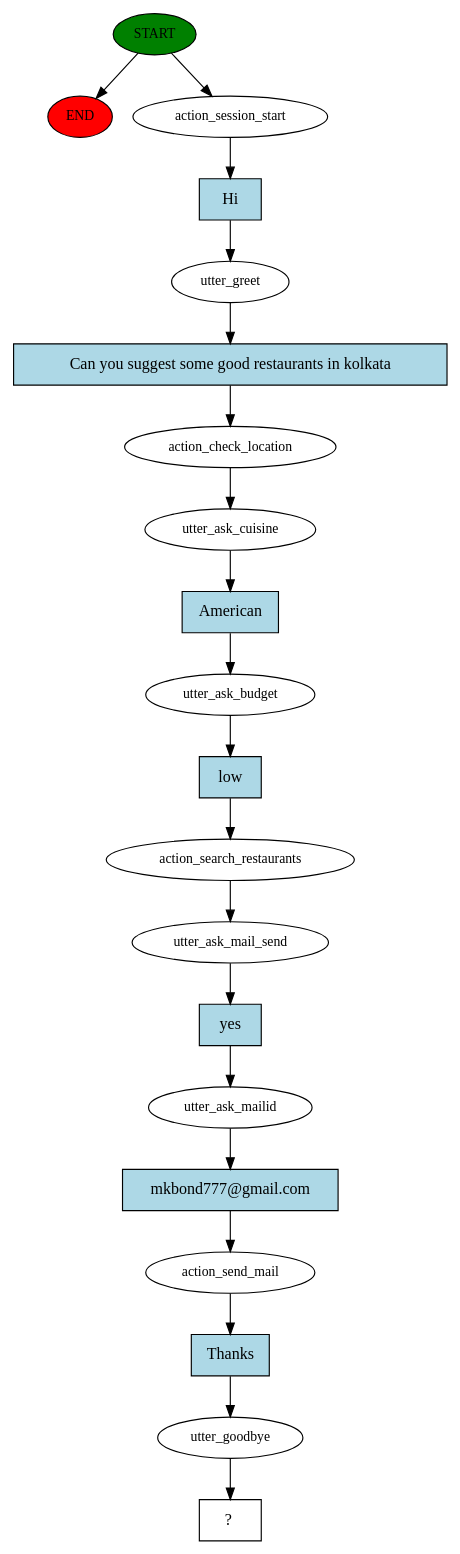
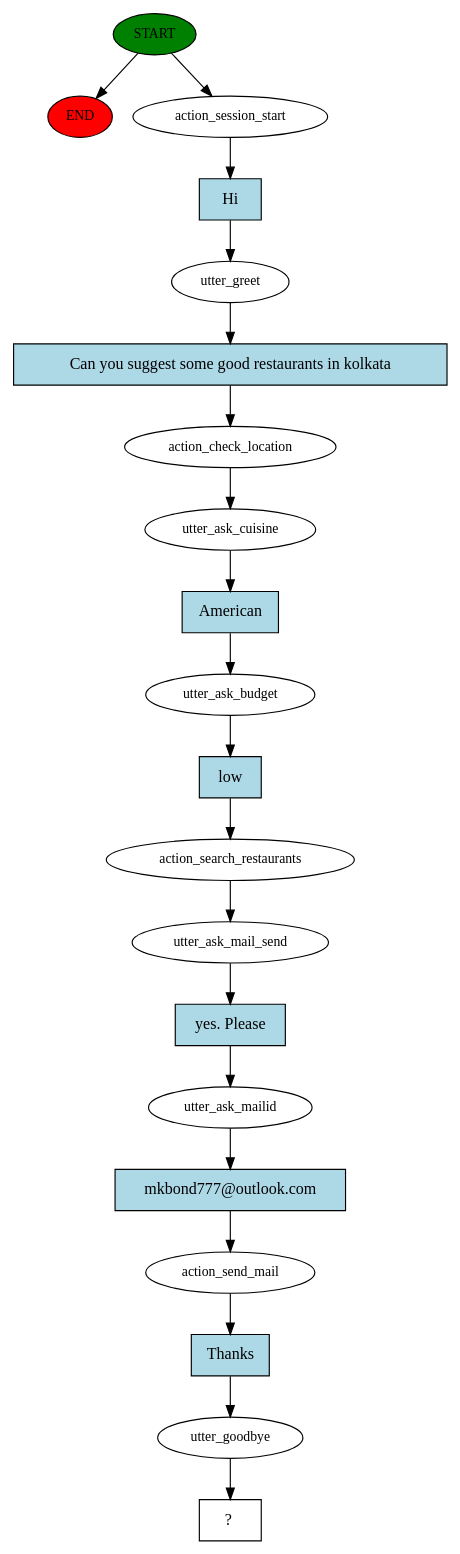
One commit to mkbond777/rasa_restaurant_search changed the diagram in story_graph.dot. Above: the diagram before and after it, drawn with Graphviz. The commit also changed 6 other files, not shown here.

```diff
--- a/story_graph.dot
+++ b/story_graph.dot
@@ -1,41 +1,41 @@
 digraph  {
 0 [class="start active", fillcolor=green, fontsize=12, label=START, style=filled];
 "-1" [class=end, fillcolor=red, fontsize=12, label=END, style=filled];
 1 [class=active, fontsize=12, label=action_session_start];
 2 [class=active, fontsize=12, label=utter_greet];
 3 [class=active, fontsize=12, label=action_check_location];
 4 [class=active, fontsize=12, label=utter_ask_cuisine];
 5 [class=active, fontsize=12, label=utter_ask_budget];
 6 [class=active, fontsize=12, label=action_search_restaurants];
 7 [class=active, fontsize=12, label=utter_ask_mail_send];
 8 [class=active, fontsize=12, label=utter_ask_mailid];
 9 [class=active, fontsize=12, label=action_send_mail];
 10 [class=active, fontsize=12, label=utter_goodbye];
 11 [class="intent dashed active", label="  ?  ", shape=rect];
 12 [class="intent active", fillcolor=lightblue, label=Hi, shape=rect, style=filled];
 13 [class="intent active", fillcolor=lightblue, label="Can you suggest some good restaurants in kolkata", shape=rect, style=filled];
 14 [class="intent active", fillcolor=lightblue, label=American, shape=rect, style=filled];
 15 [class="intent active", fillcolor=lightblue, label=low, shape=rect, style=filled];
-16 [class="intent active", fillcolor=lightblue, label=yes, shape=rect, style=filled];
-17 [class="intent active", fillcolor=lightblue, label="mkbond777@gmail.com", shape=rect, style=filled];
+16 [class="intent active", fillcolor=lightblue, label="yes. Please", shape=rect, style=filled];
+17 [class="intent active", fillcolor=lightblue, label="mkbond777@outlook.com", shape=rect, style=filled];
 18 [class="intent active", fillcolor=lightblue, label=Thanks, shape=rect, style=filled];
 0 -> "-1"  [class="", key=NONE, label=""];
 0 -> 1  [class=active, key=NONE, label=""];
 1 -> 12  [class=active, key=0];
 2 -> 13  [class=active, key=0];
 3 -> 4  [class=active, key=NONE, label=""];
 4 -> 14  [class=active, key=0];
 5 -> 15  [class=active, key=0];
 6 -> 7  [class=active, key=NONE, label=""];
 7 -> 16  [class=active, key=0];
 8 -> 17  [class=active, key=0];
 9 -> 18  [class=active, key=0];
 10 -> 11  [class=active, key=NONE, label=""];
 12 -> 2  [class=active, key=0];
 13 -> 3  [class=active, key=0];
 14 -> 5  [class=active, key=0];
 15 -> 6  [class=active, key=0];
 16 -> 8  [class=active, key=0];
 17 -> 9  [class=active, key=0];
 18 -> 10  [class=active, key=0];
 }
```
